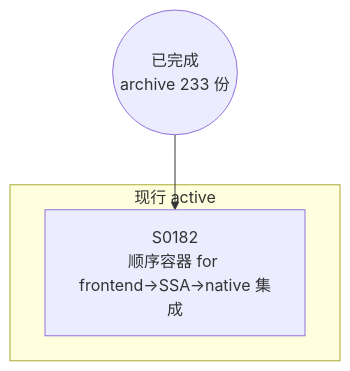
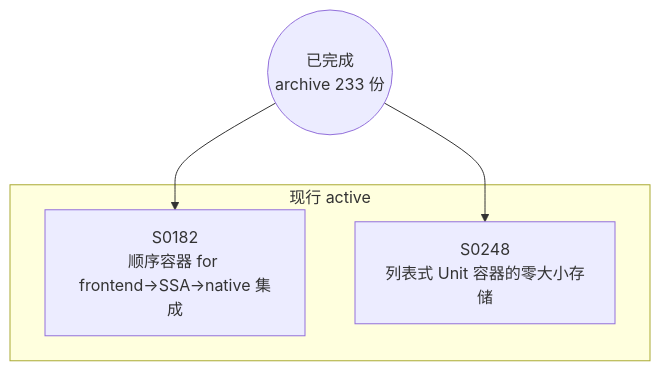
One commit to Halckon/Koven changed the diagram in docs/specs/dependency-graph.md. Above: the diagram before and after it, drawn with Mermaid. The commit also changed other lines of this file and 8 other files, not shown here.

````diff
--- a/docs/specs/dependency-graph.md
+++ b/docs/specs/dependency-graph.md
@@ -9,8 +9,10 @@
 ```mermaid
 flowchart TD
 ARCH(("已完成<br/>archive 233 份"))
 subgraph Gactive["现行 active"]
   S0182["S0182<br/>顺序容器 for frontend→SSA→native 集成"]
+  S0248["S0248<br/>列表式 Unit 容器的零大小存储"]
 end
 ARCH --> S0182
+ARCH --> S0248
 ```
````
